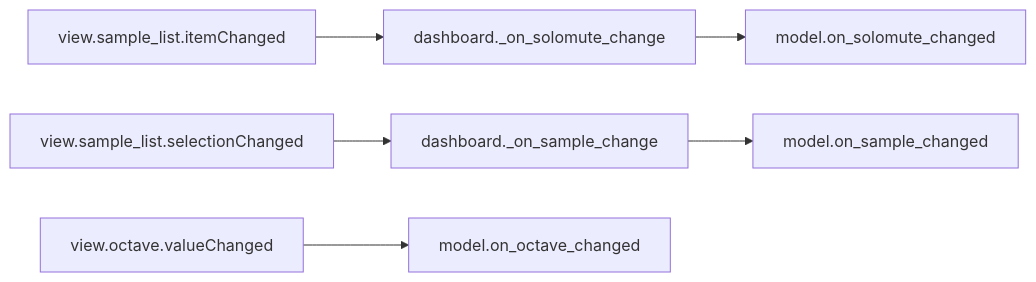
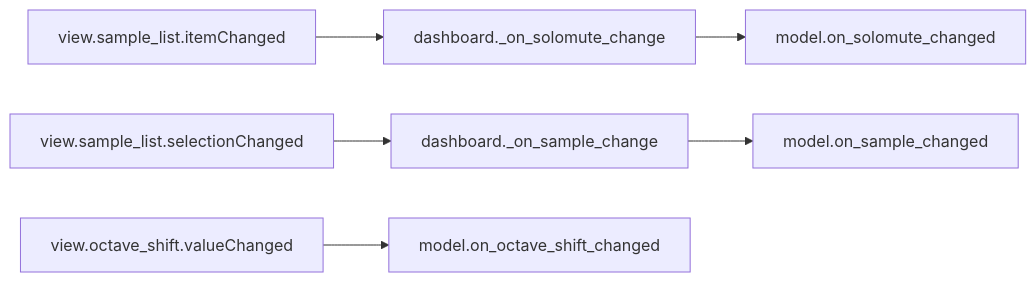
The fourth of 10 diagrams in doc/source/dashboard_signal_slot_map.rst (com-posers-pit/smw_music), drawn with Mermaid before and after one commit. The commit also changed 8 other files, not shown here.

Commit message:
Change octave control UI to octave shift

```diff
--- a/doc/source/dashboard_signal_slot_map.rst
+++ b/doc/source/dashboard_signal_slot_map.rst
@@ -89,6 +89,6 @@
 .. mermaid::
 
    flowchart LR
       view.sample_list.itemChanged --> dashboard._on_solomute_change --> model.on_solomute_changed
       view.sample_list.selectionChanged --> dashboard._on_sample_change --> model.on_sample_changed
-      view.octave.valueChanged --> model.on_octave_changed
+      view.octave_shift.valueChanged --> model.on_octave_shift_changed
```
